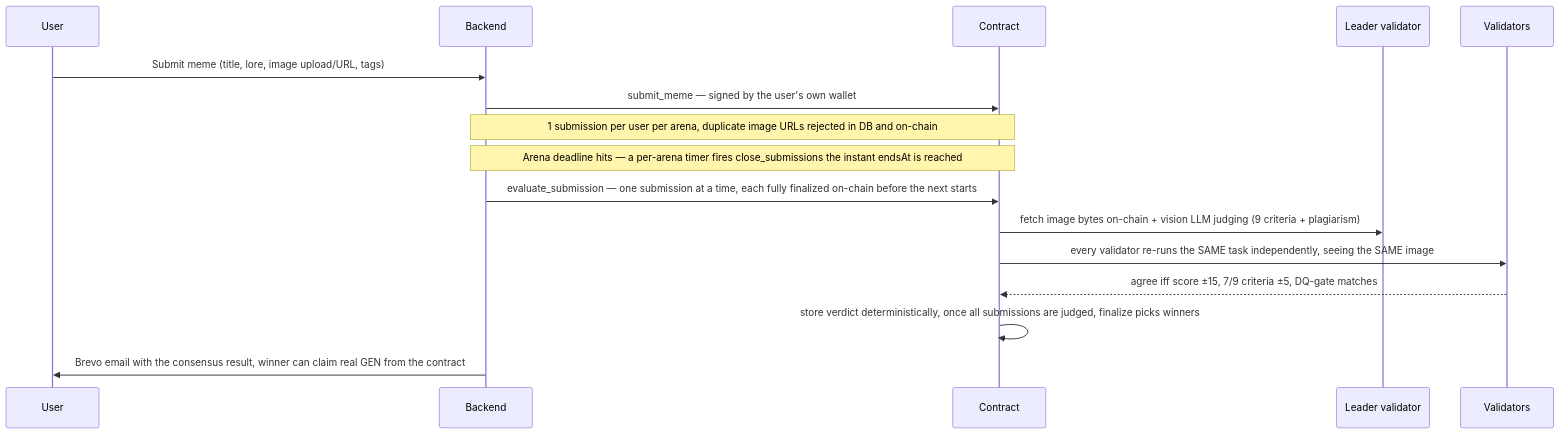
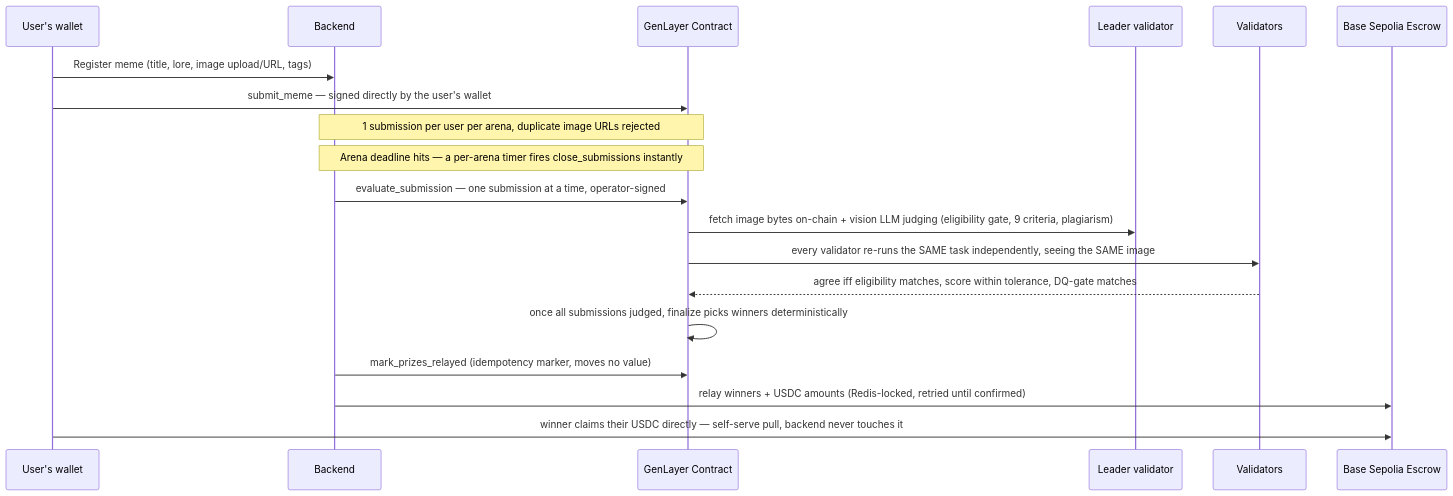
The second of 2 diagrams in README.md (zoefunds/Meme-olympics), drawn with Mermaid before and after one commit. The commit also changed other lines of this file and 56 other files, not shown here.

````diff
--- a/README.md
+++ b/README.md
@@ -68,18 +86,21 @@
 ```mermaid
 sequenceDiagram
-  participant U as User
+  participant W as User's wallet
   participant API as Backend
-  participant C as Contract
+  participant C as GenLayer Contract
   participant L as Leader validator
   participant V as Validators
-  U->>API: Submit meme (title, lore, image upload/URL, tags)
-  API->>C: submit_meme — signed by the user's own wallet
-  Note over API,C: 1 submission per user per arena, duplicate image URLs rejected in DB and on-chain
-  Note over API,C: Arena deadline hits — a per-arena timer fires close_submissions the instant endsAt is reached
-  API->>C: evaluate_submission — one submission at a time, each fully finalized on-chain before the next starts
-  C->>L: fetch image bytes on-chain + vision LLM judging (9 criteria + plagiarism)
+  participant E as Base Sepolia Escrow
+  W->>API: Register meme (title, lore, image upload/URL, tags)
+  W->>C: submit_meme — signed directly by the user's wallet
+  Note over API,C: 1 submission per user per arena, duplicate image URLs rejected
+  Note over API,C: Arena deadline hits — a per-arena timer fires close_submissions instantly
+  API->>C: evaluate_submission — one submission at a time, operator-signed
+  C->>L: fetch image bytes on-chain + vision LLM judging (eligibility gate, 9 criteria, plagiarism)
   C->>V: every validator re-runs the SAME task independently, seeing the SAME image
-  V-->>C: agree iff score ±15, 7/9 criteria ±5, DQ-gate matches
-  C->>C: store verdict deterministically, once all submissions are judged, finalize picks winners
-  API->>U: Brevo email with the consensus result, winner can claim real GEN from the contract
+  V-->>C: agree iff eligibility matches, score within tolerance, DQ-gate matches
+  C->>C: once all submissions judged, finalize picks winners deterministically
+  API->>C: mark_prizes_relayed (idempotency marker, moves no value)
+  API->>E: relay winners + USDC amounts (Redis-locked, retried until confirmed)
+  W->>E: winner claims their USDC directly — self-serve pull, backend never touches it
 ```
````
